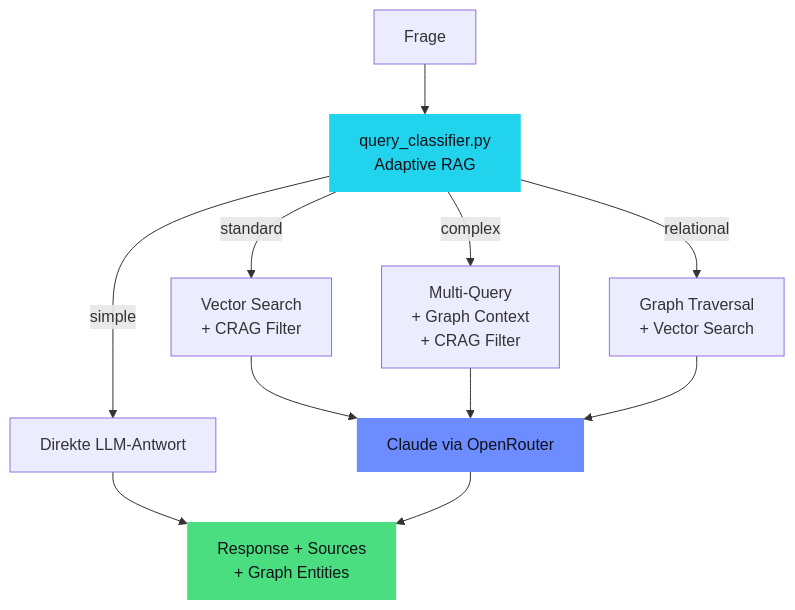
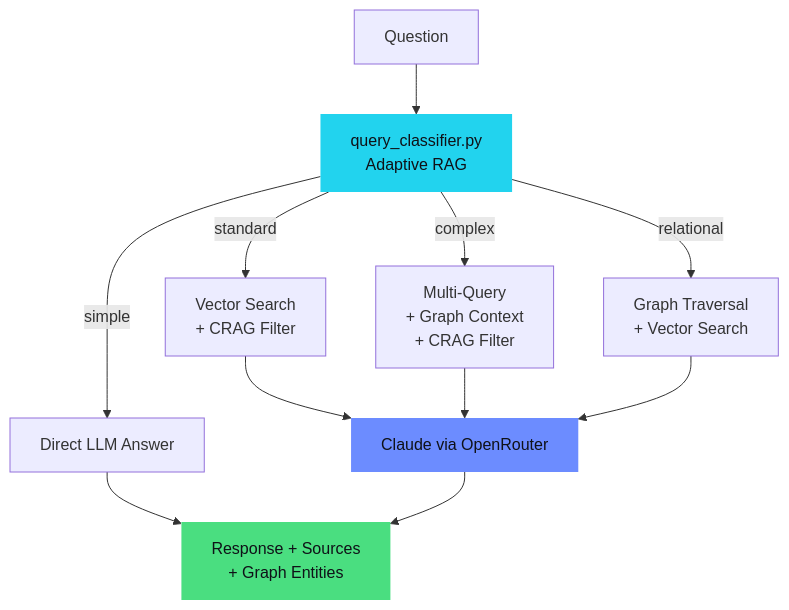
One commit to mj-deving/rag-hybrid-chatbot changed the second of 3 diagrams in README.md. Above: the diagram before and after it, drawn with Mermaid. The commit also changed other lines of this file, not shown here.

Commit message:
docs: translate README to English, fix Mermaid diagram centering (LR→TD)

````diff
--- a/README.md
+++ b/README.md
@@ -99,18 +99,18 @@
 ```mermaid
 flowchart TD
-    Q[Frage] --> CL[query_classifier.py\nAdaptive RAG]
-    CL -->|simple| S[Direkte LLM-Antwort]
+    Q[Question] --> CL[query_classifier.py\nAdaptive RAG]
+    CL -->|simple| S[Direct LLM Answer]
     CL -->|standard| ST[Vector Search\n+ CRAG Filter]
     CL -->|complex| CX[Multi-Query\n+ Graph Context\n+ CRAG Filter]
     CL -->|relational| RL[Graph Traversal\n+ Vector Search]
 
     S --> OUT[Response + Sources\n+ Graph Entities]
     ST --> GEN[Claude via OpenRouter]
     CX --> GEN
     RL --> GEN
     GEN --> OUT
 
     style CL fill:#22d3ee,color:#0f1117,stroke:none
     style GEN fill:#6c8cff,color:#0f1117,stroke:none
     style OUT fill:#4ade80,color:#0f1117,stroke:none
 ```
````
